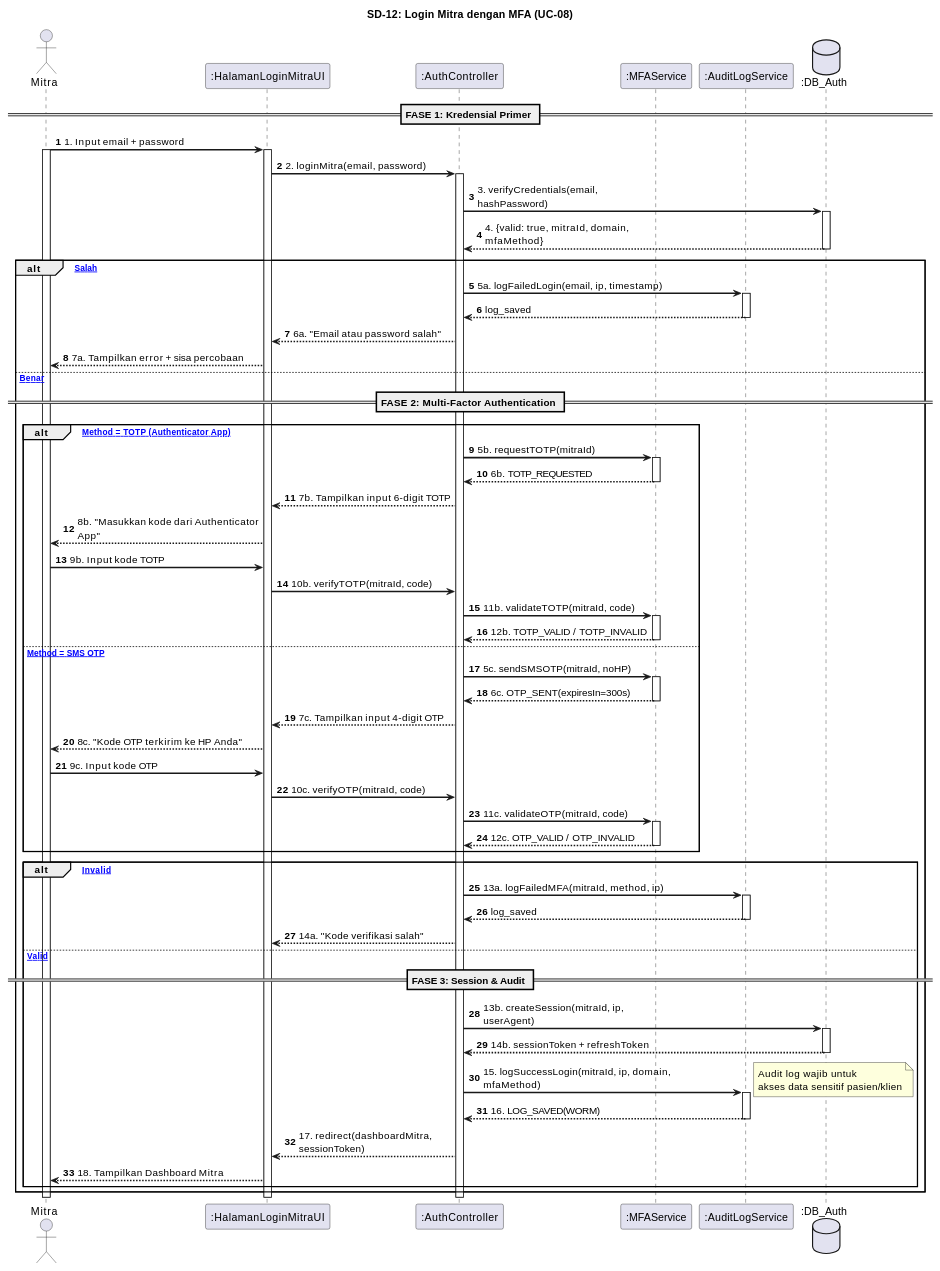
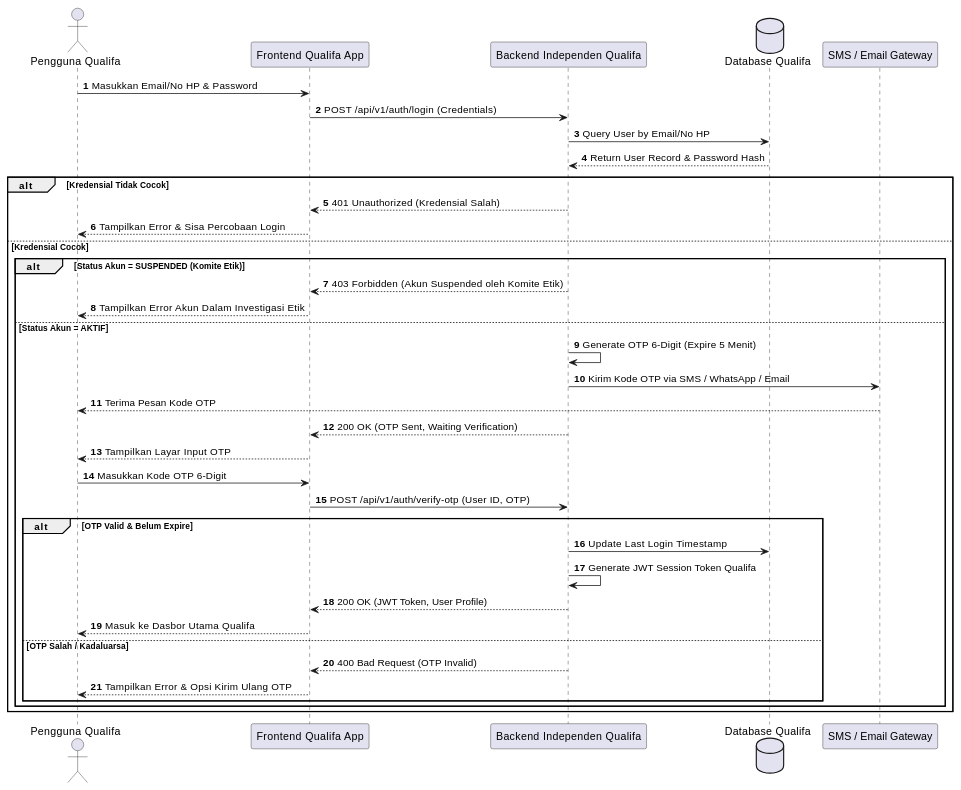
Before and after one commit to tupperwureism/SuperApp-Gagal: diagram 12 of 20 in MarkDown/plantuml_sequence_diagrams.md, drawn with PlantUML. The commit also changed other lines of this file and 60 other files, not shown here.

Commit message:
feat(ui/ux): implement Role-Aware Routing, domain separation (Qualifa & Justifiqa), and 6-Pillar UI Spec

````diff
--- a/MarkDown/plantuml_sequence_diagrams.md
+++ b/MarkDown/plantuml_sequence_diagrams.md
@@ -969,95 +419,45 @@
 ```plantuml
 @startuml
 autonumber
-skinparam sequenceArrowThickness 2
-skinparam maxMessageSize 250
+actor "Pengguna Qualifa" as User
+participant "Frontend Qualifa App" as FE
+participant "Backend Independen Qualifa" as BE
+database "Database Qualifa" as DB
+participant "SMS / Email Gateway" as SMS
 
-title SD-12: Login Mitra dengan MFA (UC-08)
+User -> FE : Masukkan Email/No HP & Password
+FE -> BE : POST /api/v1/auth/login (Credentials)
 
-actor "Mitra" as M
-participant ":HalamanLoginMitraUI" as UI
-participant ":AuthController" as AC
-participant ":MFAService" as MFA
-participant ":AuditLogService" as AL
-database ":DB_Auth" as DB
+BE -> DB : Query User by Email/No HP
+DB --> BE : Return User Record & Password Hash
 
-== FASE 1: Kredensial Primer ==
-
-M -> UI : 1. Input email + password
-activate M
-activate UI
-UI -> AC : 2. loginMitra(email, password)
-activate AC
-AC -> DB : 3. verifyCredentials(email, hashPassword)
-activate DB
-DB --> AC : 4. {valid: true, mitraId, domain, mfaMethod}
-deactivate DB
-
-alt [Kredensial Salah]
-    AC -> AL : 5a. logFailedLogin(email, ip, timestamp)
-    activate AL
-    AL --> AC : log_saved
-    deactivate AL
-    AC --> UI : 6a. "Email atau password salah"
-    UI --> M : 7a. Tampilkan error + sisa percobaan
-else [Kredensial Benar]
-
-    == FASE 2: Multi-Factor Authentication ==
-
-    alt [MFA Method = TOTP (Authenticator App)]
-        AC -> MFA : 5b. requestTOTP(mitraId)
-        activate MFA
-        MFA --> AC : 6b. TOTP_REQUESTED
-        deactivate MFA
-        AC --> UI : 7b. Tampilkan input 6-digit TOTP
-        UI --> M : 8b. "Masukkan kode dari Authenticator App"
-        M -> UI : 9b. Input kode TOTP
-        UI -> AC : 10b. verifyTOTP(mitraId, code)
-        AC -> MFA : 11b. validateTOTP(mitraId, code)
-        activate MFA
-        MFA --> AC : 12b. TOTP_VALID / TOTP_INVALID
-        deactivate MFA
-    else [MFA Method = SMS OTP]
-        AC -> MFA : 5c. sendSMSOTP(mitraId, noHP)
-        activate MFA
-        MFA --> AC : 6c. OTP_SENT(expiresIn=300s)
-        deactivate MFA
-        AC --> UI : 7c. Tampilkan input 4-digit OTP
-        UI --> M : 8c. "Kode OTP terkirim ke HP Anda"
-        M -> UI : 9c. Input kode OTP
-        UI -> AC : 10c. verifyOTP(mitraId, code)
-        AC -> MFA : 11c. validateOTP(mitraId, code)
-        activate MFA
-        MFA --> AC : 12c. OTP_VALID / OTP_INVALID
-        deactivate MFA
-    end
-
-    alt [MFA Invalid]
-        AC -> AL : 13a. logFailedMFA(mitraId, method, ip)
-        activate AL
-        AL --> AC : log_saved
-        deactivate AL
-        AC --> UI : 14a. "Kode verifikasi salah"
-    else [MFA Valid]
-
-        == FASE 3: Session & Audit ==
-
-        AC -> DB : 13b. createSession(mitraId, ip, userAgent)
-        activate DB
-        DB --> AC : 14b. sessionToken + refreshToken
-        deactivate DB
-        AC -> AL : 15. logSuccessLogin(mitraId, ip, domain, mfaMethod)
-        activate AL
-        note right : Audit log wajib untuk\nakses data sensitif pasien/klien
-        AL --> AC : 16. LOG_SAVED(WORM)
-        deactivate AL
-        AC --> UI : 17. redirect(dashboardMitra, sessionToken)
-        UI --> M : 18. Tampilkan Dashboard Mitra
+alt Kredensial Tidak Cocok
+    BE --> FE : 401 Unauthorized (Kredensial Salah)
+    FE --> User : Tampilkan Error & Sisa Percobaan Login
+else Kredensial Cocok
+    alt Status Akun = SUSPENDED (Komite Etik)
+        BE --> FE : 403 Forbidden (Akun Suspended oleh Komite Etik)
+        FE --> User : Tampilkan Error Akun Dalam Investigasi Etik
+    else Status Akun = AKTIF
+        BE -> BE : Generate OTP 6-Digit (Expire 5 Menit)
+        BE -> SMS : Kirim Kode OTP via SMS / WhatsApp / Email
+        SMS --> User : Terima Pesan Kode OTP
+        BE --> FE : 200 OK (OTP Sent, Waiting Verification)
+        FE --> User : Tampilkan Layar Input OTP
+        
+        User -> FE : Masukkan Kode OTP 6-Digit
+        FE -> BE : POST /api/v1/auth/verify-otp (User ID, OTP)
+        
+        alt OTP Valid & Belum Expire
+            BE -> DB : Update Last Login Timestamp
+            BE -> BE : Generate JWT Session Token Qualifa
+            BE --> FE : 200 OK (JWT Token, User Profile)
+            FE --> User : Masuk ke Dasbor Utama Qualifa
+        else OTP Salah / Kadaluarsa
+            BE --> FE : 400 Bad Request (OTP Invalid)
+            FE --> User : Tampilkan Error & Opsi Kirim Ulang OTP
+        end
     end
 end
-
-deactivate AC
-deactivate UI
-deactivate M
 @enduml
 ```
````
